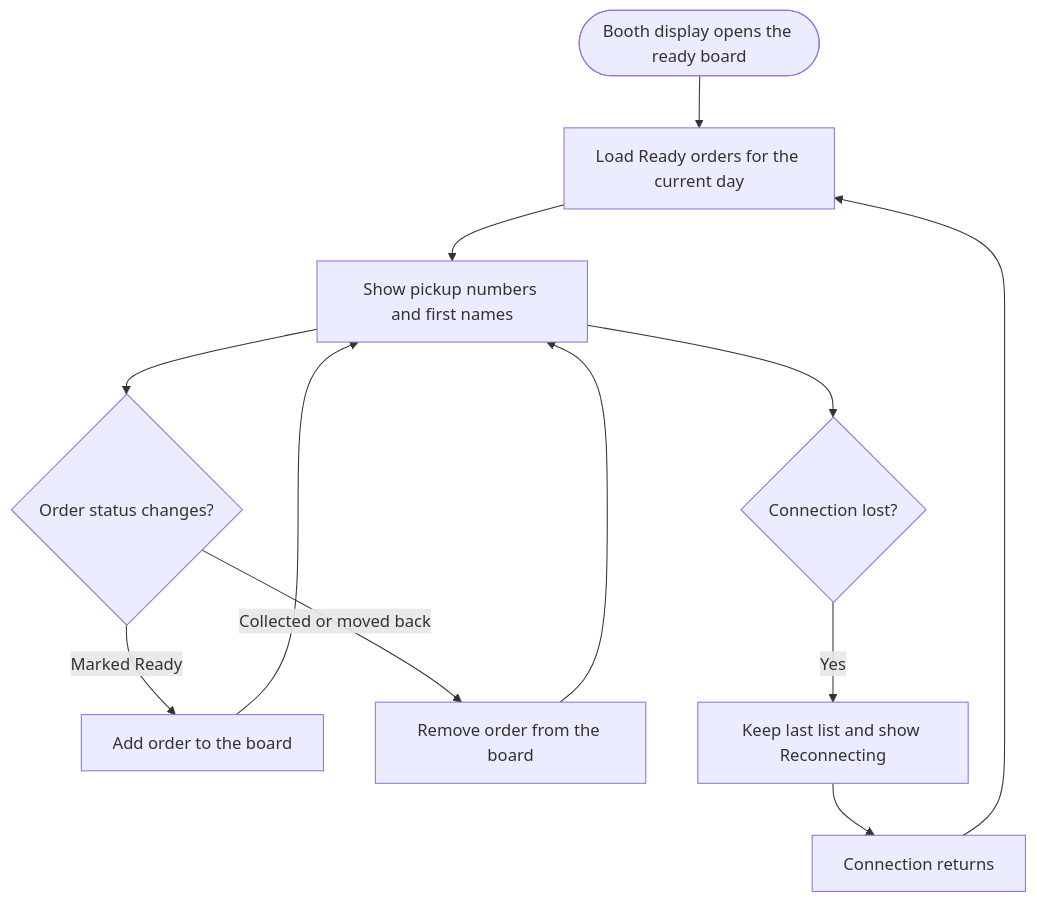
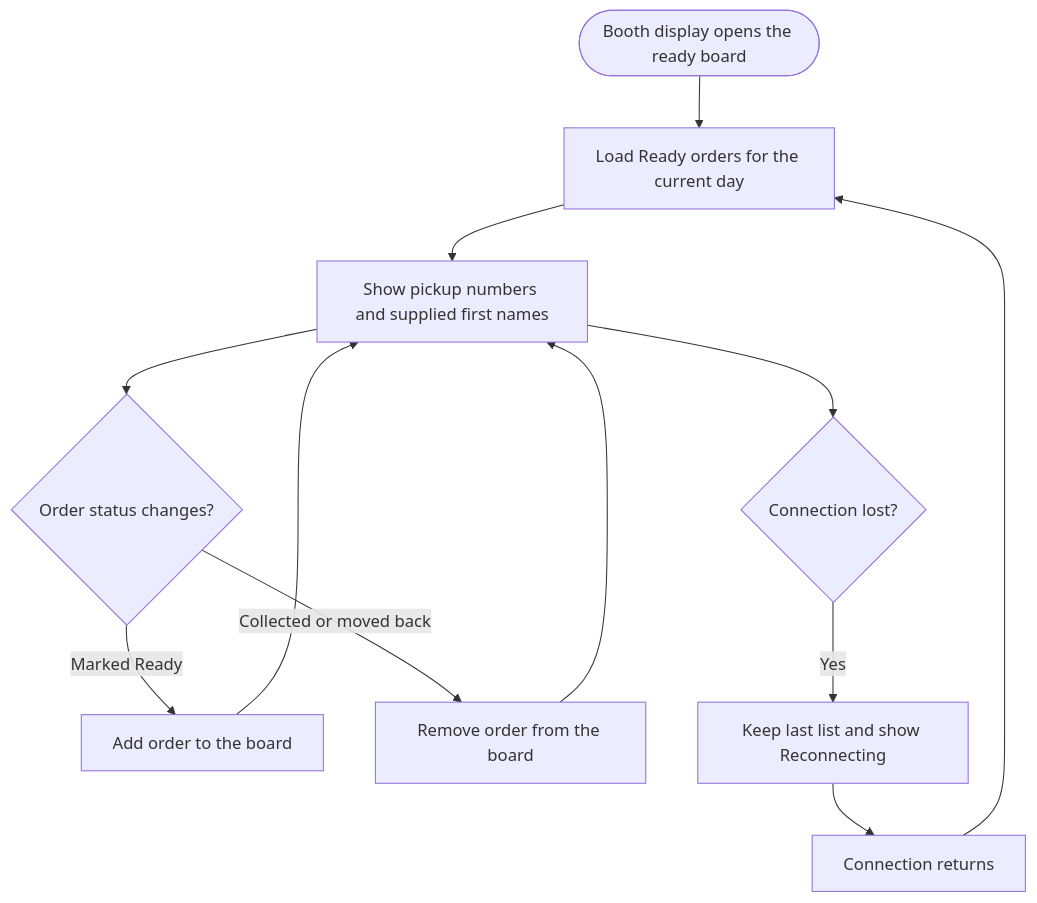
Before and after one commit to bnb-qms/beans-beats-qms: the diagram in docs/specs/F09-ready-board.md, drawn with Mermaid. The commit also changed other lines of this file and 2 other files, not shown here.

Commit message:
Show only pickup numbers for unnamed ready orders

````diff
--- a/docs/specs/F09-ready-board.md
+++ b/docs/specs/F09-ready-board.md
@@ -36,14 +36,14 @@
 ```mermaid
 flowchart TD
     A([Booth display opens the ready board]) --> B[Load Ready orders for the current day]
-    B --> C[Show pickup numbers and first names]
+    B --> C[Show pickup numbers and supplied first names]
     C --> D{Order status changes?}
     D -->|Marked Ready| E[Add order to the board]
     D -->|Collected or moved back| F[Remove order from the board]
     E --> C
     F --> C
     C --> G{Connection lost?}
     G -->|Yes| H[Keep last list and show Reconnecting]
     H --> I[Connection returns]
     I --> B
 ```
````
